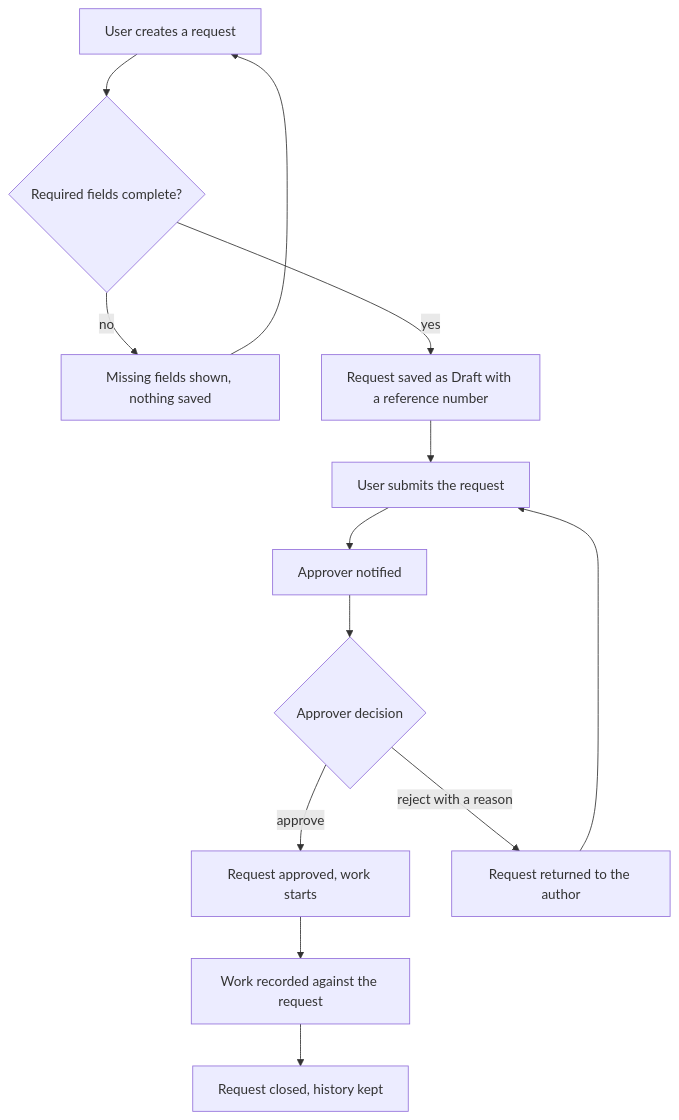
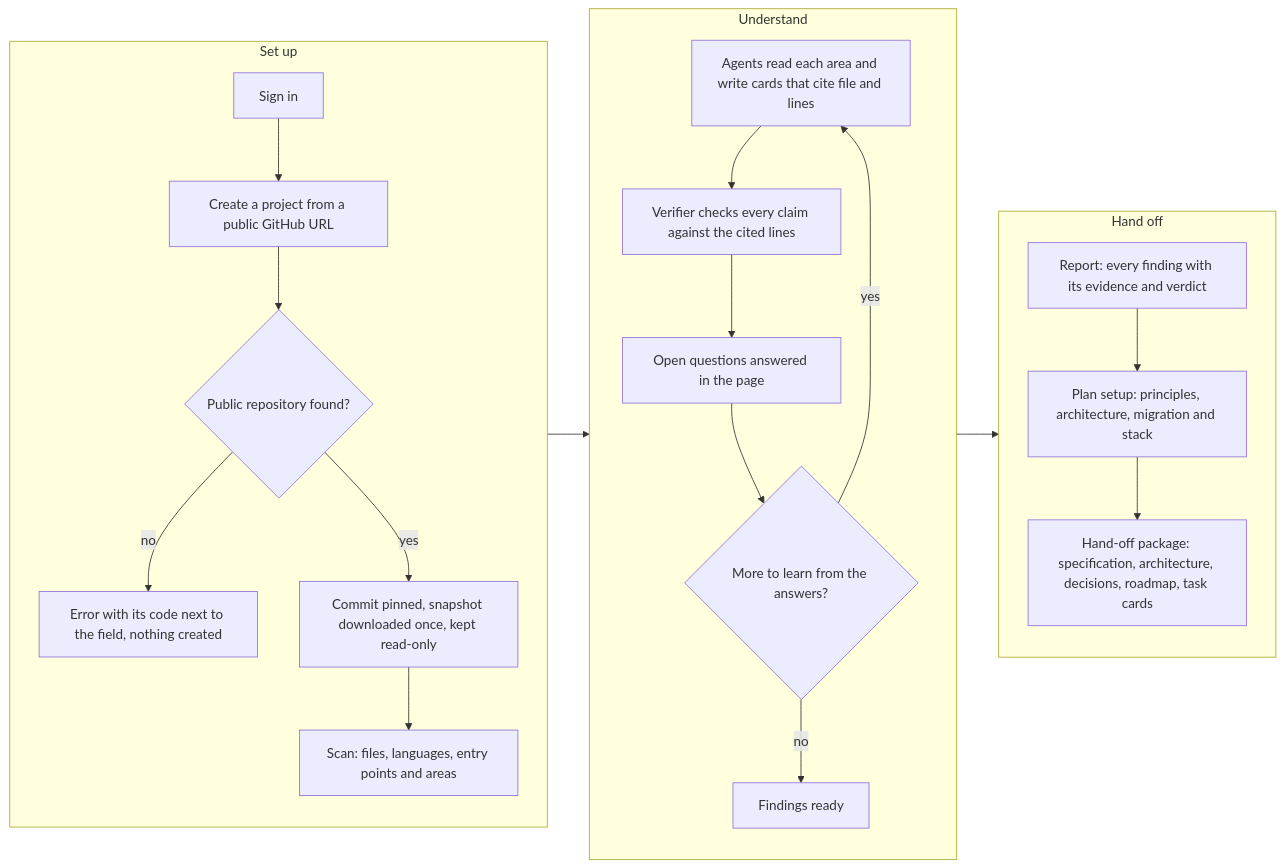
The first of 8 diagrams in docs/process-flows.md (blacklight0101/Rosetta), drawn with Mermaid before and after one commit. The commit also changed other lines of this file and 7 other files, not shown here.

First line of the commit message:
docs: roadmap and process flows

````diff
--- a/docs/process-flows.md
+++ b/docs/process-flows.md
@@ -54,13 +31,25 @@
 ```mermaid
-flowchart TB
-  A[User creates a request] --> B{Required fields complete?}
-  B -->|no| B1[Missing fields shown, nothing saved] --> A
-  B -->|yes| C[Request saved as Draft with a reference number]
-  C --> D[User submits the request]
-  D --> E[Approver notified]
-  E --> F{Approver decision}
-  F -->|approve| G[Request approved, work starts]
-  F -->|reject with a reason| H[Request returned to the author] --> D
-  G --> I[Work recorded against the request]
-  I --> J[Request closed, history kept]
+flowchart LR
+  subgraph S1[Set up]
+    direction TB
+    A[Sign in] --> B[Create a project from a public GitHub URL]
+    B --> C{Public repository found?}
+    C -->|no| C1[Error with its code next to the field, nothing created]
+    C -->|yes| D[Commit pinned, snapshot downloaded once, kept read-only]
+    D --> E[Scan: files, languages, entry points and areas]
+  end
+  subgraph S2[Understand]
+    direction TB
+    F[Agents read each area and write cards that cite file and lines] --> G[Verifier checks every claim against the cited lines]
+    G --> H[Open questions answered in the page]
+    H --> I{More to learn from the answers?}
+    I -->|yes| F
+    I -->|no| X[Findings ready]
+  end
+  subgraph S3[Hand off]
+    direction TB
+    J[Report: every finding with its evidence and verdict] --> K[Plan setup: principles, architecture, migration and stack]
+    K --> L[Hand-off package: specification, architecture, decisions, roadmap, task cards]
+  end
+  S1 --> S2 --> S3
 ```
````
